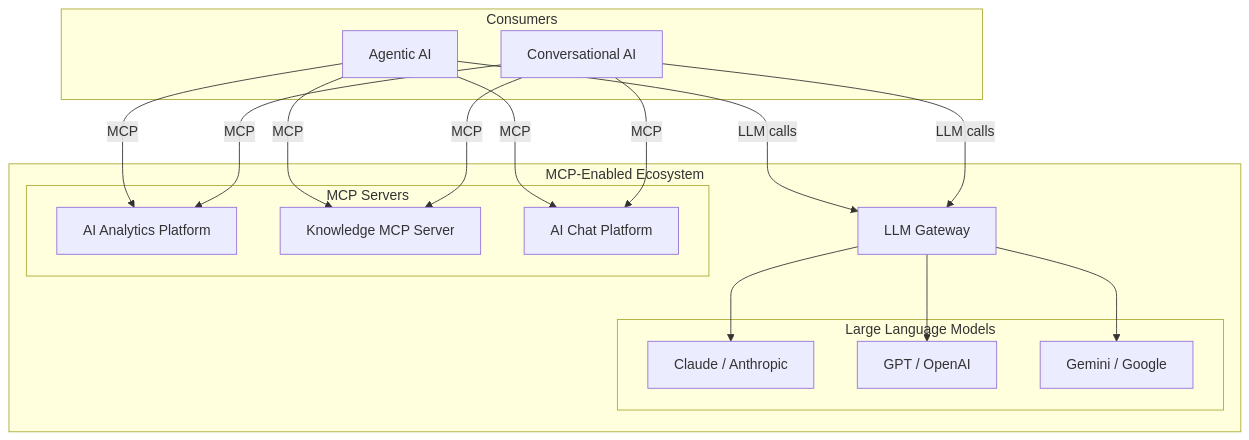
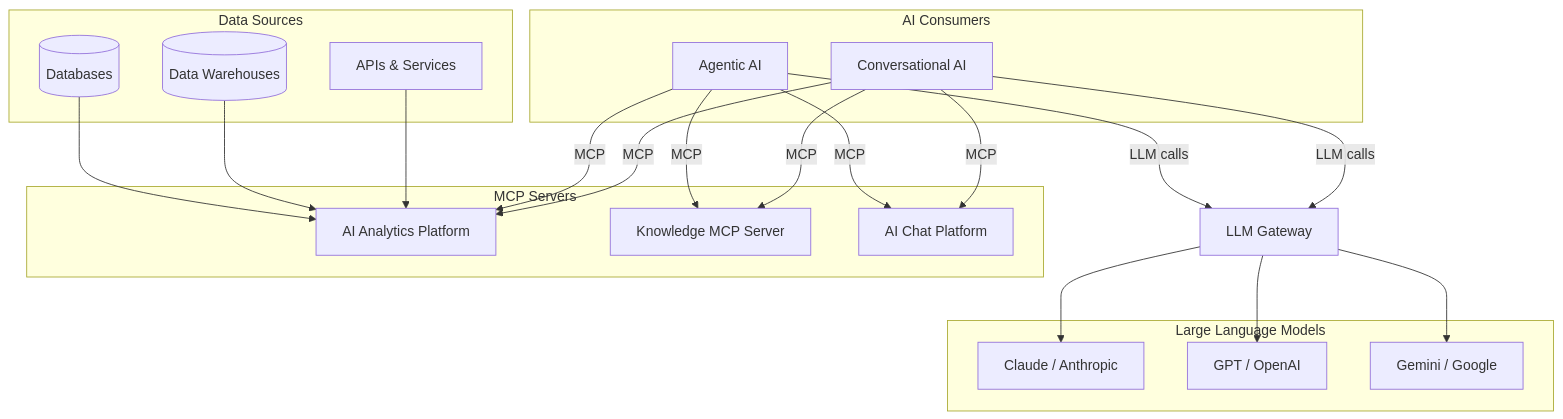
Before and after one commit to M-A-Operating-System/shared-work: the diagram in README.md, drawn with Mermaid.

Commit message:
docs(readme): remove outer ecosystem wrapper; add Data Sources behind Analytics
Data Sources subgraph (Databases, Data Warehouses, APIs) feeds into
AI Analytics Platform. Outer MCP-Enabled Ecosystem subgraph removed.
AI Consumers subgraph label updated.

https://claude.ai/code/session_01CYjqpWt1v2JhCDuDBEJCSM

````diff
--- a/README.md
+++ b/README.md
@@ -39,36 +39,47 @@
 ```mermaid
 flowchart TB
-    subgraph Consumers["Consumers"]
+    subgraph Consumers["AI Consumers"]
         AgAI[Agentic AI]
         ConvAI[Conversational AI]
     end
 
-    subgraph Ecosystem["MCP-Enabled Ecosystem"]
-        subgraph MCPServers["MCP Servers"]
-            AN[AI Analytics Platform]
-            KN[Knowledge MCP Server]
-            CH[AI Chat Platform]
-        end
+    subgraph MCPServers["MCP Servers"]
+        AN[AI Analytics Platform]
+        KN[Knowledge MCP Server]
+        CH[AI Chat Platform]
+    end
 
-        GW[LLM Gateway]
+    subgraph DataSources["Data Sources"]
+        DB[(Databases)]
+        DW[(Data Warehouses)]
+        API[APIs & Services]
+    end
 
-        subgraph LLMPool["Large Language Models"]
-            L1[Claude / Anthropic]
-            L2[GPT / OpenAI]
-            L3[Gemini / Google]
-        end
+    GW[LLM Gateway]
 
-        GW --> L1
-        GW --> L2
-        GW --> L3
+    subgraph LLMPool["Large Language Models"]
+        L1[Claude / Anthropic]
+        L2[GPT / OpenAI]
+        L3[Gemini / Google]
     end
+
+    DB --> AN
+    DW --> AN
+    API --> AN
+    GW --> L1
+    GW --> L2
+    GW --> L3
+
+    click AN href "docs/product/analytics/README.md"
+    click KN href "docs/product/knowledge/README.md"
+    click CH href "docs/product/assistant/README.md"
 
     AgAI -->|MCP| AN
     AgAI -->|MCP| KN
     AgAI -->|MCP| CH
     AgAI -->|LLM calls| GW
     ConvAI -->|MCP| AN
     ConvAI -->|MCP| KN
     ConvAI -->|MCP| CH
     ConvAI -->|LLM calls| GW
 ```
````
